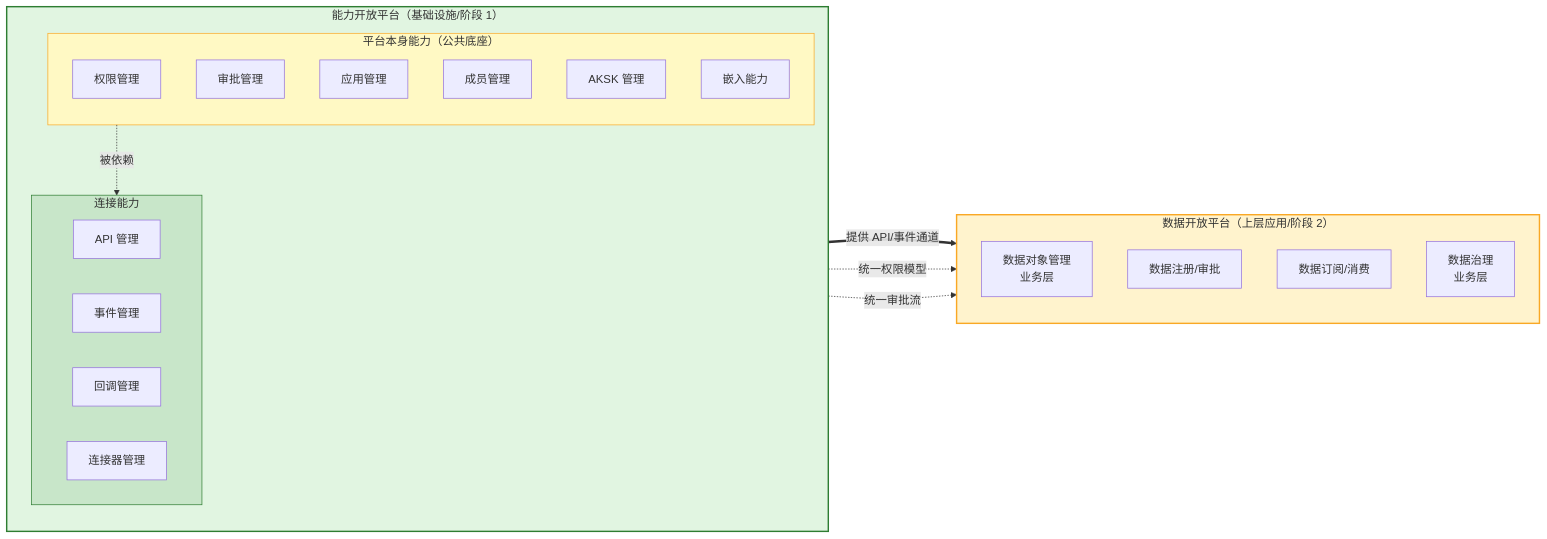
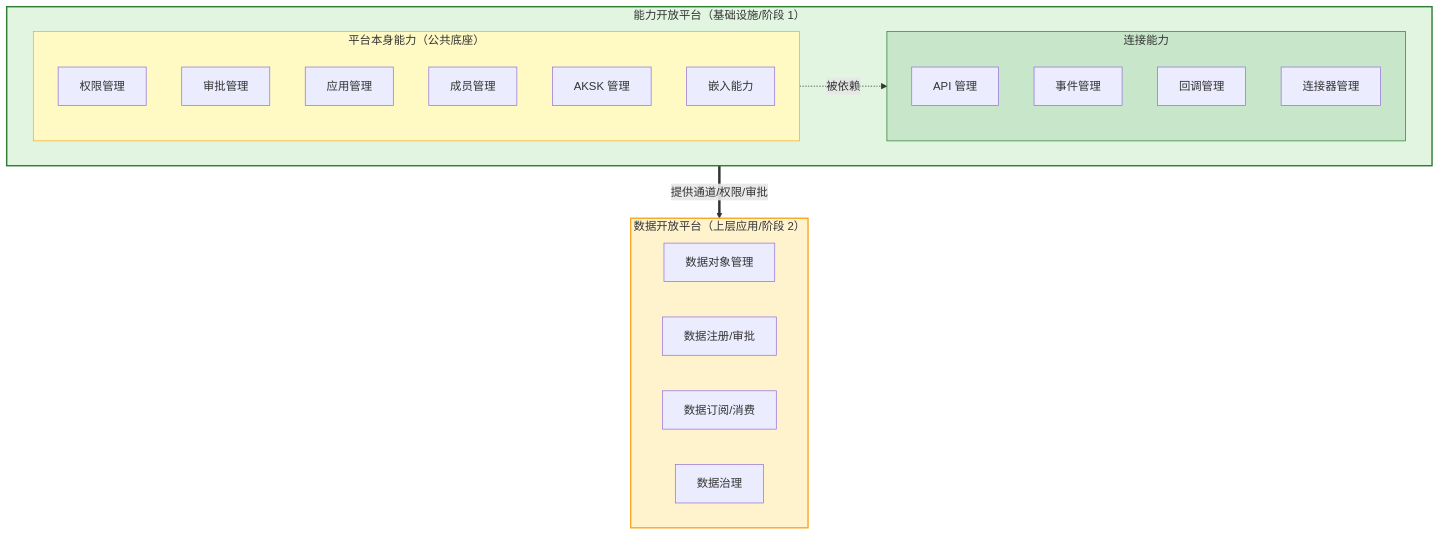
Diagram 11 of 12 in open-app/.sdd/specs-tree-root/specs-tree-capability-open-platform/discovery-report.md (THZSummer/Product), drawn with Mermaid before and after one commit.

Commit message:
fix: 优化 5.4 与数据开放平台关系图结构
- 改为 flowchart TD (Top-Down) 结构，能力开放平台在上，数据开放平台在下
- 子图内部改为 direction LR (Left-Right)，内容横向展开，视觉更平衡
- 连线简化：Cap 整体支撑 Data，内部 Base 支撑 Conn，避免交叉混乱
- 去掉 Data 内部文本中的换行符，使节点大小更一致

````diff
--- a/open-app/.sdd/specs-tree-root/specs-tree-capability-open-platform/discovery-report.md
+++ b/open-app/.sdd/specs-tree-root/specs-tree-capability-open-platform/discovery-report.md
@@ -570,39 +570,36 @@
 ```mermaid
-flowchart LR
+flowchart TD
     subgraph Cap["能力开放平台（基础设施/阶段 1）"]
-        direction TB
+        direction LR
         subgraph Base["平台本身能力（公共底座）"]
             B1[权限管理]
             B2[审批管理]
             B3[应用管理]
             B4[成员管理]
             B5[AKSK 管理]
             B6[嵌入能力]
         end
         subgraph Conn["连接能力"]
             C1[API 管理]
             C2[事件管理]
             C3[回调管理]
             C4[连接器管理]
         end
         Base -.->|被依赖 | Conn
     end
-    
+
     subgraph Data["数据开放平台（上层应用/阶段 2）"]
-        direction TB
-        D1[数据对象管理<br/>业务层]
+        direction LR
+        D1[数据对象管理]
         D2[数据注册/审批]
         D3[数据订阅/消费]
-        D4[数据治理<br/>业务层]
+        D4[数据治理]
     end
-    
-    %% 依赖关系
-    Conn ==>|提供 API/事件通道 | Data
-    B1 -.->|统一权限模型 | Data
-    B2 -.->|统一审批流 | Data
-    
+
+    Cap ==>|提供通道/权限/审批 | Data
+
     style Cap fill:#e1f5e1,stroke:#2e7d32,stroke-width:2px
     style Data fill:#fff3cd,stroke:#f9a825,stroke-width:2px
     style Base fill:#fff9c4,stroke:#f9a825
     style Conn fill:#c8e6c9,stroke:#2e7d32
 ```
````
